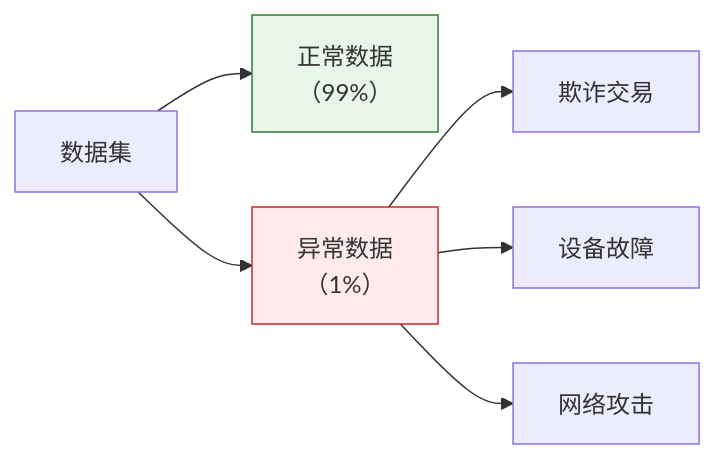
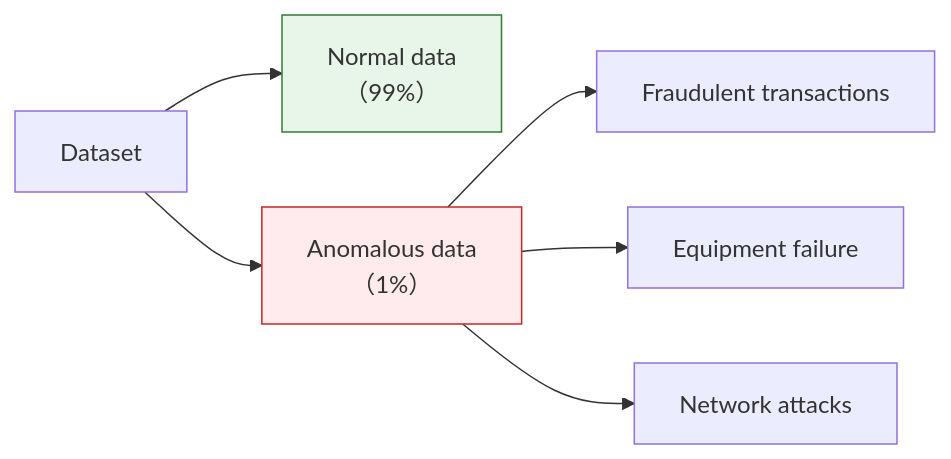
The first of 3 diagrams in docs/ch05-machine-learning/ch03-unsupervised/03-anomaly-detection.md (oudbiao/AI-fullstack-course), drawn with Mermaid before and after one commit. The commit also changed other lines of this file and 1406 other files, not shown here.

````diff
--- a/docs/ch05-machine-learning/ch03-unsupervised/03-anomaly-detection.md
+++ b/docs/ch05-machine-learning/ch03-unsupervised/03-anomaly-detection.md
@@ -58,11 +57,11 @@
 ```mermaid
 flowchart LR
-    D["数据集"] --> N["正常数据<br/>（99%）"]
-    D --> A["异常数据<br/>（1%）"]
-    A --> A1["欺诈交易"]
-    A --> A2["设备故障"]
-    A --> A3["网络攻击"]
+    D["Dataset"] --> N["Normal data<br/>（99%）"]
+    D --> A["Anomalous data<br/>（1%）"]
+    A --> A1["Fraudulent transactions"]
+    A --> A2["Equipment failure"]
+    A --> A3["Network attacks"]
 
     style N fill:#e8f5e9,stroke:#2e7d32,color:#333
     style A fill:#ffebee,stroke:#c62828,color:#333
 ```
````
